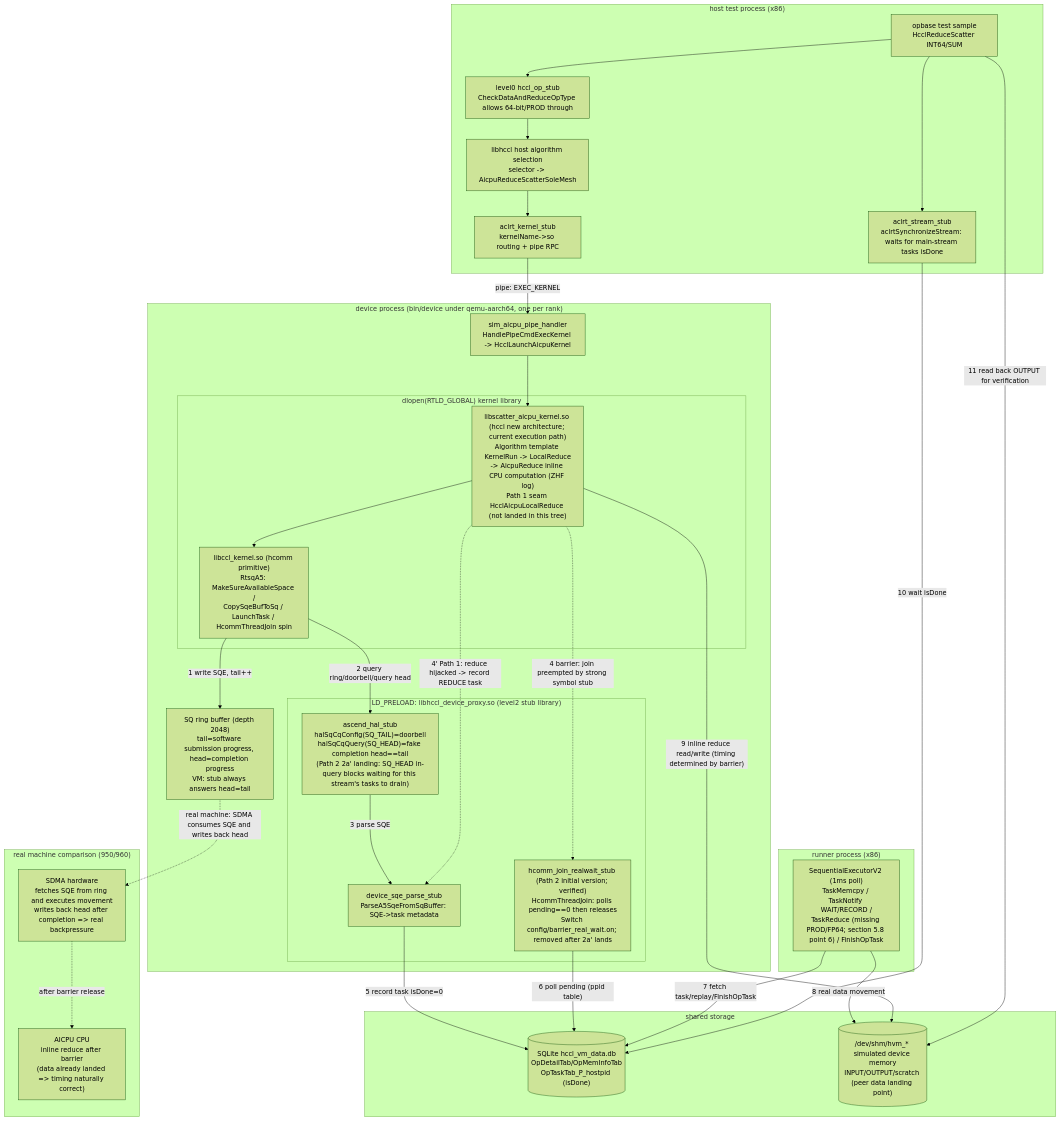
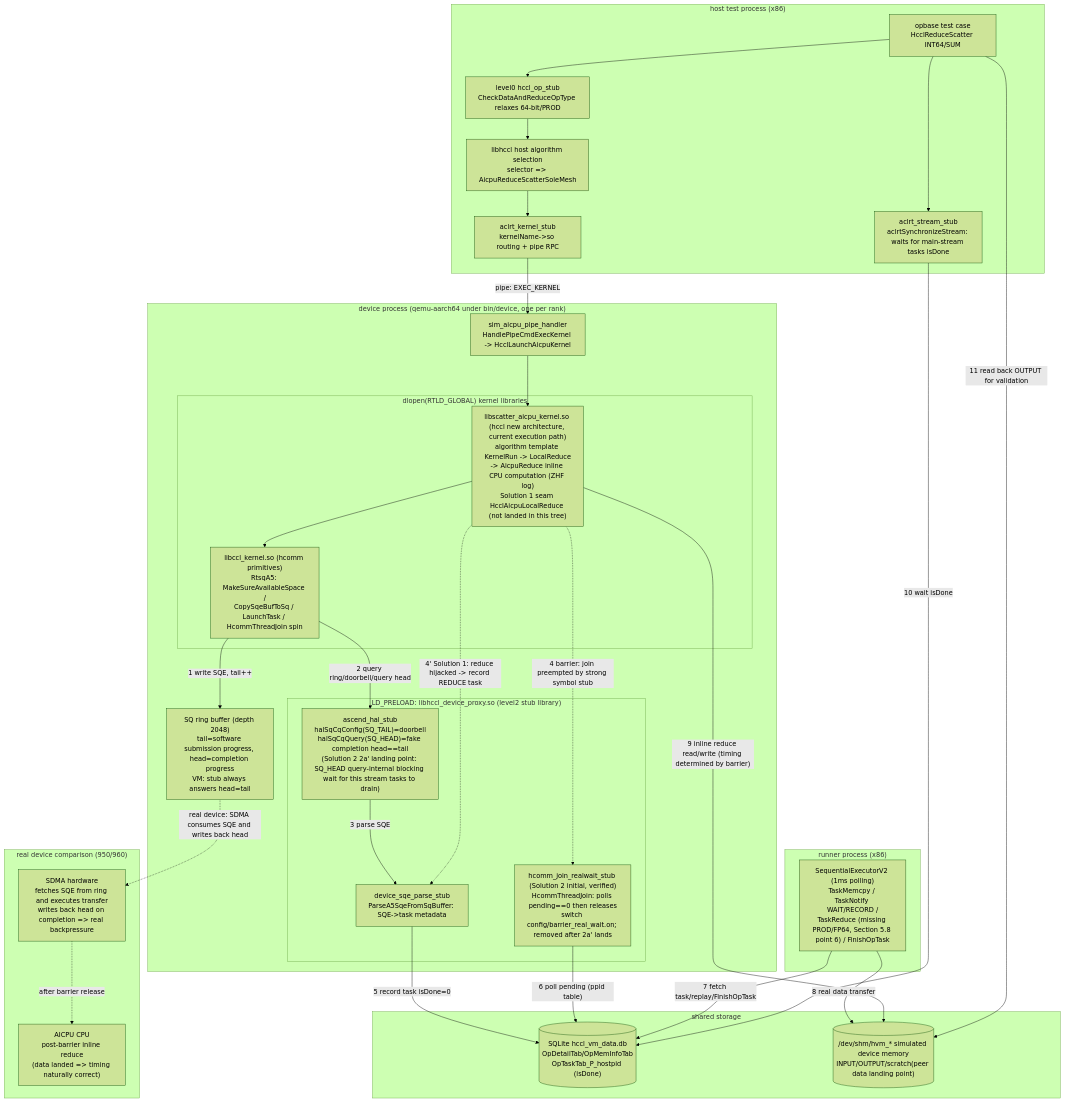
Before and after one commit to Atlas-Ascend-Fork/hcomm: the second of 2 diagrams in test/hccl_vm/docs/int64_prod_reduce_aicpu_hijack_design_en.md, drawn with Mermaid (forest theme). The commit also changed other lines of this file and 41 other files, not shown here.

````diff
--- a/test/hccl_vm/docs/int64_prod_reduce_aicpu_hijack_design_en.md
+++ b/test/hccl_vm/docs/int64_prod_reduce_aicpu_hijack_design_en.md
@@ -941,58 +950,58 @@
 ```mermaid
 flowchart TB
     subgraph HOST["host test process (x86)"]
-        TEST["opbase test sample<br/>HcclReduceScatter INT64/SUM"]
-        L0["level0 hccl_op_stub<br/>CheckDataAndReduceOpType allows 64-bit/PROD through"]
-        SEL["libhccl host algorithm selection<br/>selector -> AicpuReduceScatterSoleMesh"]
+        TEST["opbase test case<br/>HcclReduceScatter INT64/SUM"]
+        L0["level0 hccl_op_stub<br/>CheckDataAndReduceOpType relaxes 64-bit/PROD"]
+        SEL["libhccl host algorithm selection<br/>selector => AicpuReduceScatterSoleMesh"]
         KSTUB["aclrt_kernel_stub<br/>kernelName->so routing + pipe RPC"]
         SSTUB["aclrt_stream_stub<br/>aclrtSynchronizeStream: waits for main-stream tasks isDone"]
         TEST --> L0 --> SEL --> KSTUB
         TEST --> SSTUB
     end
 
-    subgraph DEV["device process (bin/device under qemu-aarch64, one per rank)"]
+    subgraph DEV["device process (qemu-aarch64 under bin/device, one per rank)"]
         PIPE["sim_aicpu_pipe_handler<br/>HandlePipeCmdExecKernel -> HcclLaunchAicpuKernel"]
         subgraph PROXY["LD_PRELOAD: libhccl_device_proxy.so (level2 stub library)"]
-            HAL["ascend_hal_stub<br/>halSqCqConfig(SQ_TAIL)=doorbell<br/>halSqCqQuery(SQ_HEAD)=fake completion head==tail<br/>(Path 2 2a' landing: SQ_HEAD in-query blocks waiting for this stream's tasks to drain)"]
+            HAL["ascend_hal_stub<br/>halSqCqConfig(SQ_TAIL)=doorbell<br/>halSqCqQuery(SQ_HEAD)=fake completion head==tail<br/>(Solution 2 2a' landing point: SQ_HEAD query-internal blocking wait for this stream tasks to drain)"]
             SQEP["device_sqe_parse_stub<br/>ParseA5SqeFromSqBuffer: SQE->task metadata"]
-            JOIN["hcomm_join_realwait_stub (Path 2 initial version; verified)<br/>HcommThreadJoin: polls pending==0 then releases<br/>Switch config/barrier_real_wait.on; removed after 2a' lands"]
+            JOIN["hcomm_join_realwait_stub (Solution 2 initial, verified)<br/>HcommThreadJoin: polls pending==0 then releases<br/>switch config/barrier_real_wait.on; removed after 2a' lands"]
         end
-        subgraph KLIB["dlopen(RTLD_GLOBAL) kernel library"]
-            SCAT["libscatter_aicpu_kernel.so (hccl new architecture; current execution path)<br/>Algorithm template KernelRun -> LocalReduce<br/>-> AicpuReduce inline CPU computation (ZHF log)<br/>Path 1 seam HcclAicpuLocalReduce (not landed in this tree)"]
-            CCL["libccl_kernel.so (hcomm primitive)<br/>RtsqA5: MakeSureAvailableSpace /<br/>CopySqeBufToSq / LaunchTask / HcommThreadJoin spin"]
+        subgraph KLIB["dlopen(RTLD_GLOBAL) kernel libraries"]
+            SCAT["libscatter_aicpu_kernel.so (hccl new architecture, current execution path)<br/>algorithm template KernelRun -> LocalReduce<br/>-> AicpuReduce inline CPU computation (ZHF log)<br/>Solution 1 seam HcclAicpuLocalReduce (not landed in this tree)"]
+            CCL["libccl_kernel.so (hcomm primitives)<br/>RtsqA5: MakeSureAvailableSpace /<br/>CopySqeBufToSq / LaunchTask / HcommThreadJoin spin"]
         end
         RING["SQ ring buffer (depth 2048)<br/>tail=software submission progress, head=completion progress<br/>VM: stub always answers head=tail"]
         PIPE --> SCAT
         SCAT --> CCL
         CCL -->|"1 write SQE, tail++"| RING
         CCL -->|"2 query ring/doorbell/query head"| HAL
         HAL -->|"3 parse SQE"| SQEP
         SCAT -.->|"4 barrier: join preempted by strong symbol stub"| JOIN
-        SCAT -.->|"4' Path 1: reduce hijacked -> record REDUCE task"| SQEP
+        SCAT -.->|"4' Solution 1: reduce hijacked -> record REDUCE task"| SQEP
     end
 
     subgraph RUNP["runner process (x86)"]
-        EXE["SequentialExecutorV2 (1ms poll)<br/>TaskMemcpy / TaskNotify WAIT/RECORD /<br/>TaskReduce (missing PROD/FP64; section 5.8 point 6) / FinishOpTask"]
+        EXE["SequentialExecutorV2 (1ms polling)<br/>TaskMemcpy / TaskNotify WAIT/RECORD /<br/>TaskReduce (missing PROD/FP64, Section 5.8 point 6) / FinishOpTask"]
     end
 
     subgraph STORE["shared storage"]
         DB[("SQLite hccl_vm_data.db<br/>OpDetailTab/OpMemInfoTab<br/>OpTaskTab_P_hostpid (isDone)")]
-        SHM[("/dev/shm/hvm_* simulated device memory<br/>INPUT/OUTPUT/scratch (peer data landing point)")]
+        SHM[("/dev/shm/hvm_* simulated device memory<br/>INPUT/OUTPUT/scratch(peer data landing point)")]
     end
 
-    subgraph REAL["real machine comparison (950/960)"]
-        SDMA["SDMA hardware<br/>fetches SQE from ring and executes movement<br/>writes back head after completion => real backpressure"]
-        AICPU["AICPU CPU<br/>inline reduce after barrier<br/>(data already landed => timing naturally correct)"]
+    subgraph REAL["real device comparison (950/960)"]
+        SDMA["SDMA hardware<br/>fetches SQE from ring and executes transfer<br/>writes back head on completion => real backpressure"]
+        AICPU["AICPU CPU<br/>post-barrier inline reduce<br/>(data landed => timing naturally correct)"]
     end
 
     KSTUB -->|"pipe: EXEC_KERNEL"| PIPE
     SQEP -->|"5 record task isDone=0"| DB
     JOIN -->|"6 poll pending (ppid table)"| DB
     EXE -->|"7 fetch task/replay/FinishOpTask"| DB
-    EXE -->|"8 real data movement"| SHM
+    EXE -->|"8 real data transfer"| SHM
     SCAT -->|"9 inline reduce read/write (timing determined by barrier)"| SHM
     SSTUB -->|"10 wait isDone"| DB
-    TEST -->|"11 read back OUTPUT for verification"| SHM
-    RING -.->|"real machine: SDMA consumes SQE and writes back head"| SDMA
+    TEST -->|"11 read back OUTPUT for validation"| SHM
+    RING -.->|"real device: SDMA consumes SQE and writes back head"| SDMA
     SDMA -.->|"after barrier release"| AICPU
 ```
````
